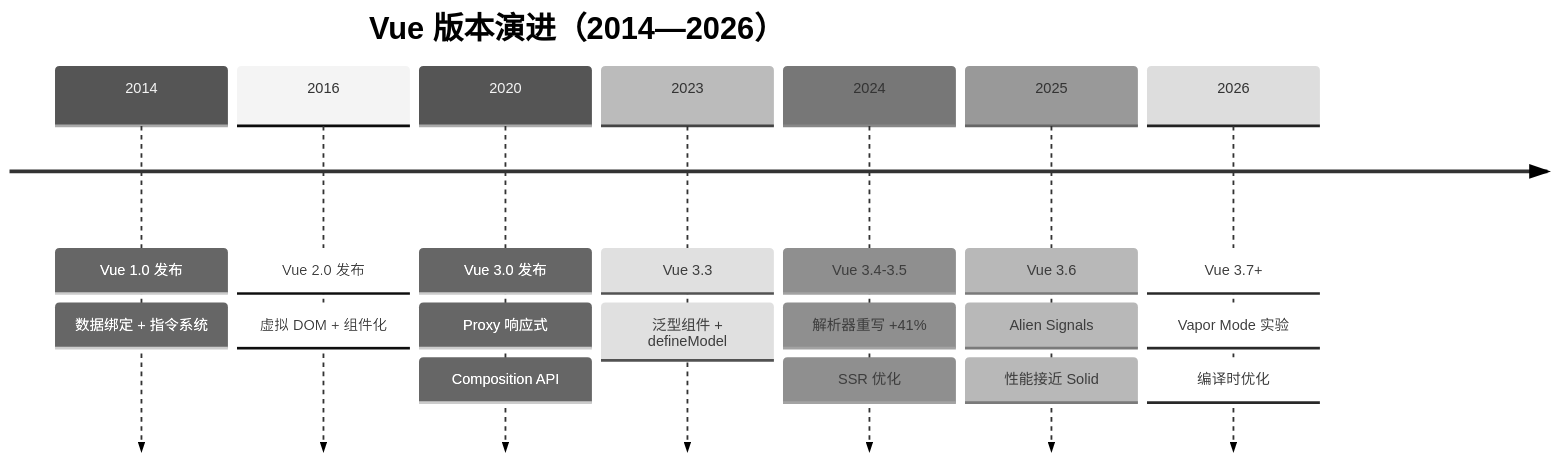
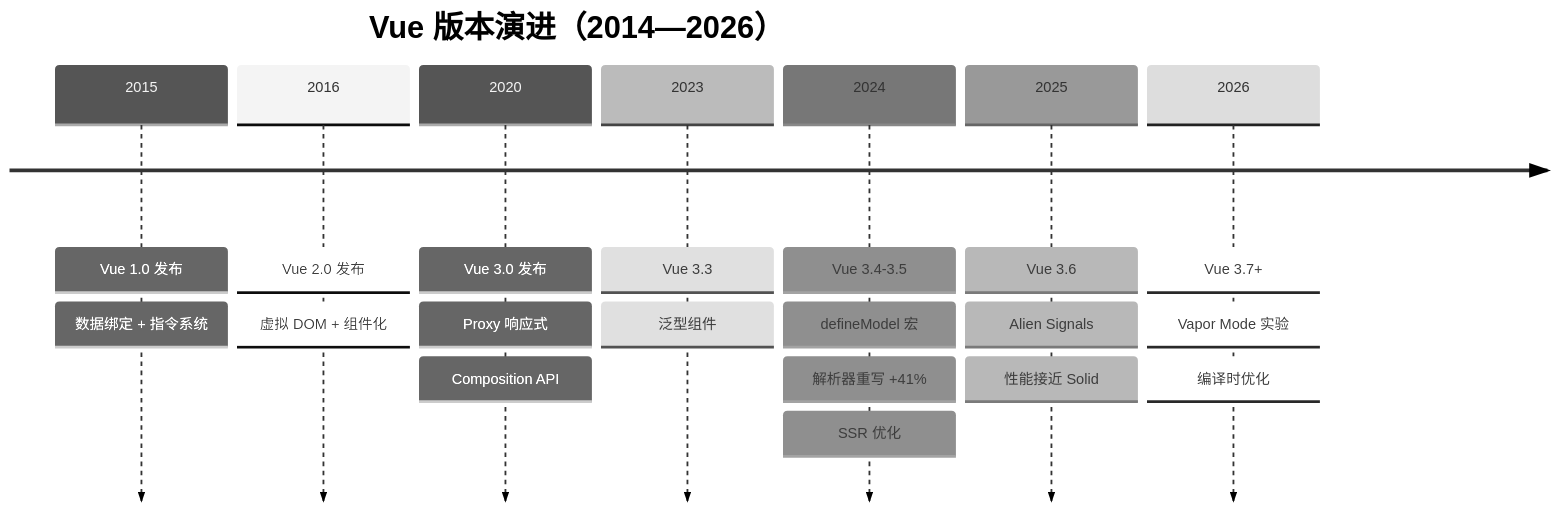
The second of 12 diagrams in S2-框架深入/01-Vue3学习指南.md (KMaybe01/common), drawn with Mermaid (neutral theme) before and after one commit. The commit also changed other lines of this file and 18 other files, not shown here.

````diff
--- a/S2-框架深入/01-Vue3学习指南.md
+++ b/S2-框架深入/01-Vue3学习指南.md
@@ -151,22 +151,23 @@
 ```mermaid
 timeline
     title Vue 版本演进（2014—2026）
-    2014 : Vue 1.0 发布
+    2015 : Vue 1.0 发布
          : 数据绑定 + 指令系统
     2016 : Vue 2.0 发布
          : 虚拟 DOM + 组件化
     2020 : Vue 3.0 发布
          : Proxy 响应式
          : Composition API
     2023 : Vue 3.3
-         : 泛型组件 + defineModel
+         : 泛型组件
     2024 : Vue 3.4-3.5
+         : defineModel 宏
          : 解析器重写 +41%
          : SSR 优化
     2025 : Vue 3.6
          : Alien Signals
          : 性能接近 Solid
     2026 : Vue 3.7+
          : Vapor Mode 实验
          : 编译时优化
 ```
````
